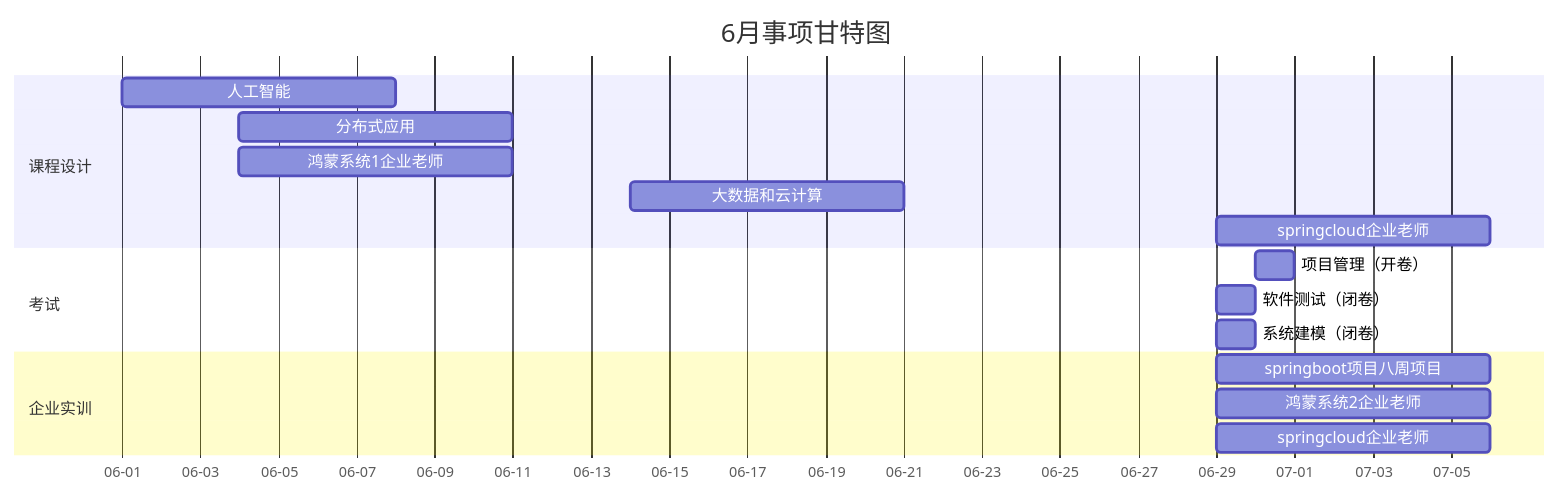
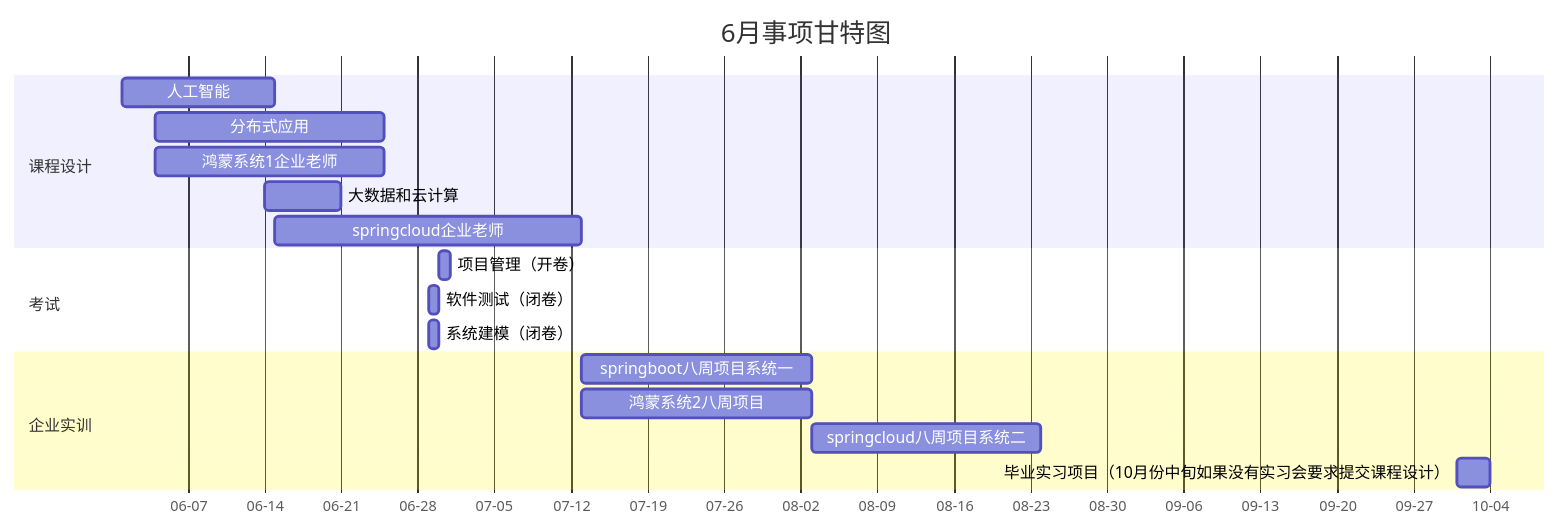
One commit to githoldder/Obsidian_vault changed the diagram in 01-Areas/010_时间管理/大三下考试周DDL.md. Above: the diagram before and after it, drawn with Mermaid. The commit also changed other lines of this file and 2 other files, not shown here.

Commit message:
vault backup: 2026-06-17 17:08:34

````diff
--- a/01-Areas/010_时间管理/大三下考试周DDL.md
+++ b/01-Areas/010_时间管理/大三下考试周DDL.md
@@ -2,23 +2,24 @@
 ```mermaid
 gantt
     title 6月事项甘特图
     dateFormat YYYY-MM-DD
     axisFormat  %m-%d 
     
     section 课程设计
-    人工智能 :2026-6-1, 7d
-    分布式应用 :2026-6-4, 7d
-    鸿蒙系统1企业老师 :2026-6-4, 7d
+    人工智能 :2026-6-1, 14d
+    分布式应用 :2026-6-4, 21d
+    鸿蒙系统1企业老师 :2026-6-4, 21d
     大数据和云计算 :2026-6-14, 7d
-    springcloud企业老师 :2026-6-29, 7d
+    springcloud企业老师 :2026-6-15, 28d
     
     section 考试
     项目管理（开卷）:2026-6-30, 1d
     软件测试（闭卷）:2026-6-29, 1d
     系统建模（闭卷） :2026-6-29, 1d
     
     section 企业实训
-    springboot项目八周项目 :2026-6-29, 7d
-    鸿蒙系统2企业老师 :2026-6-29, 7d
-    springcloud企业老师 :2026-6-29, 7d
+    springboot八周项目系统一 :2026-7-13, 21d
+    鸿蒙系统2八周项目 :2026-7-13, 21d
+    springcloud八周项目系统二 :2026-8-3, 21d
+    毕业实习项目（10月份中旬如果没有实习会要求提交课程设计） :2026-10-1, 3d
 ```
````
